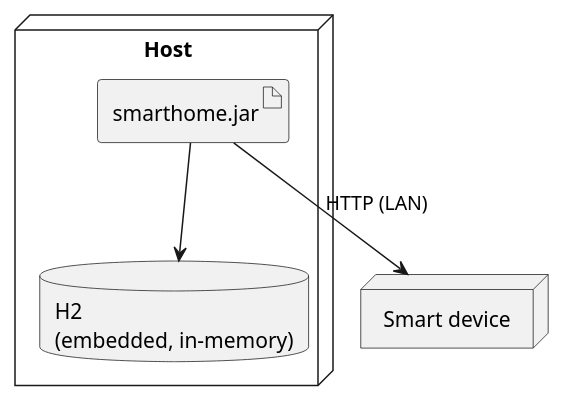
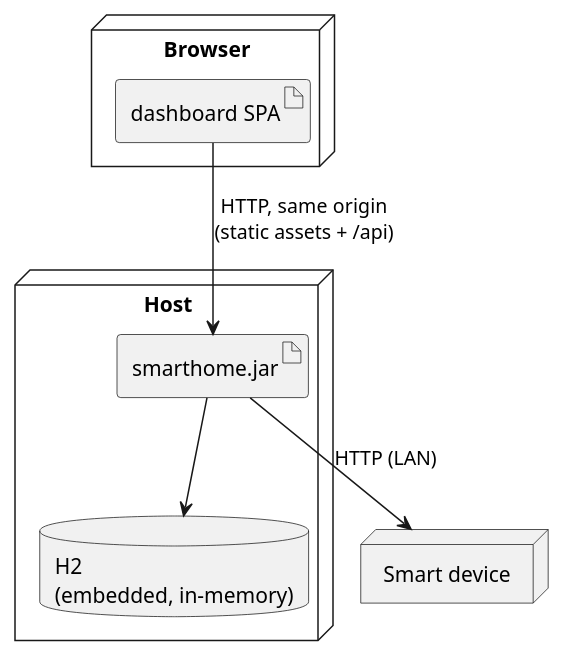
One commit to FelixGeisler/SmartHome changed the diagram in docs/modules/ROOT/pages/07-deployment-view.adoc. Above: the diagram before and after it, drawn with PlantUML. The commit also changed other lines of this file and 4 other files, not shown here.

Commit message:
#11 Document the frontend in READMEs and architecture docs.

```diff
--- a/docs/modules/ROOT/pages/07-deployment-view.adoc
+++ b/docs/modules/ROOT/pages/07-deployment-view.adoc
@@ -3,12 +3,16 @@
 [plantuml,deployment,svg]
 ----
 @startuml
+node "Browser" {
+  artifact "dashboard SPA" as spa
+}
 node "Host" {
   artifact "smarthome.jar" as app
   database "H2\n(embedded, in-memory)" as h2
   app --> h2
 }
 node "Smart device" as dev
+spa --> app : HTTP, same origin\n(static assets + /api)
 app --> dev : HTTP (LAN)
 @enduml
 ----
```
